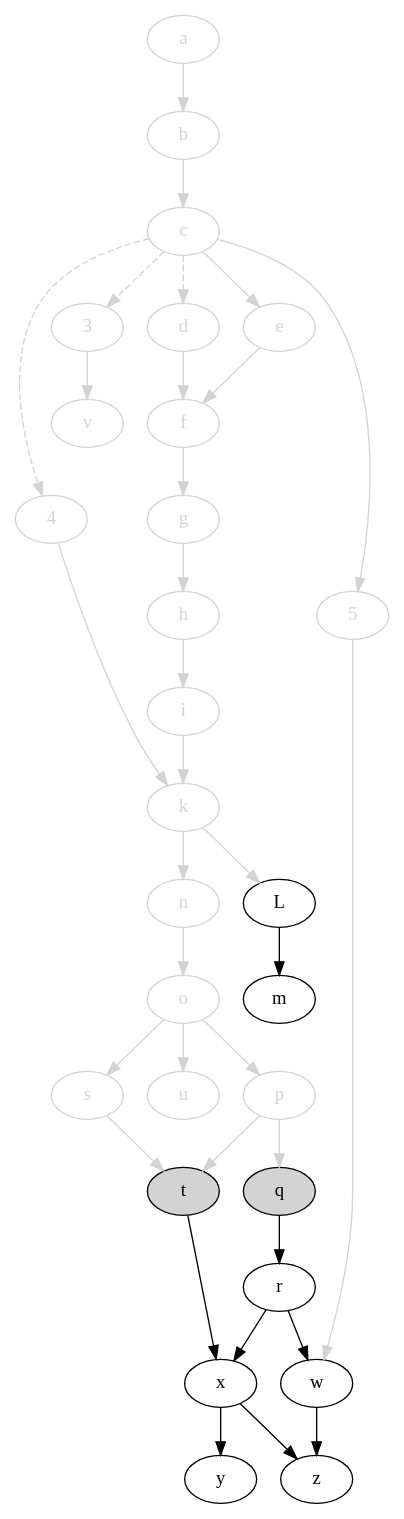
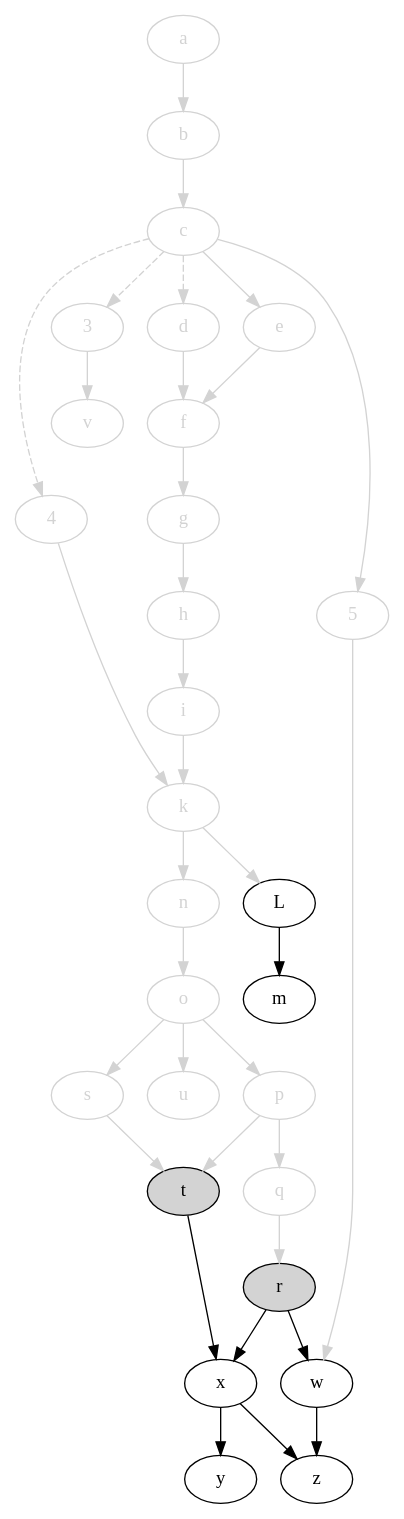
The diagram in svm-startup-deps.dot (jdmpapin/svm-startup-deps), drawn with Graphviz before and after one commit. The commit also changed 1 other file, not shown here.

```diff
--- a/svm-startup-deps.dot
+++ b/svm-startup-deps.dot
@@ -1,67 +1,67 @@
 digraph {
     // open: [style=filled,fillcolor=lightgrey]
     // closed: [color=lightgrey,fontcolor=lightgrey]
 
     4 [color=lightgrey,fontcolor=lightgrey];
     3 [color=lightgrey,fontcolor=lightgrey];
     a [color=lightgrey,fontcolor=lightgrey];
     b [color=lightgrey,fontcolor=lightgrey];
     c [color=lightgrey,fontcolor=lightgrey];
     d [color=lightgrey,fontcolor=lightgrey];
     e [color=lightgrey,fontcolor=lightgrey];
     f [color=lightgrey,fontcolor=lightgrey];
     g [color=lightgrey,fontcolor=lightgrey];
     h [color=lightgrey,fontcolor=lightgrey];
     i [color=lightgrey,fontcolor=lightgrey];
     k [color=lightgrey,fontcolor=lightgrey];
     L;
     m;
     5 [color=lightgrey,fontcolor=lightgrey];
     n [color=lightgrey,fontcolor=lightgrey];
     o [color=lightgrey,fontcolor=lightgrey];
     p [color=lightgrey,fontcolor=lightgrey];
-    q [style=filled,fillcolor=lightgrey];
-    r;
+    q [color=lightgrey,fontcolor=lightgrey];
+    r [style=filled,fillcolor=lightgrey];
     s [color=lightgrey,fontcolor=lightgrey];
     t [style=filled,fillcolor=lightgrey];
     u [color=lightgrey,fontcolor=lightgrey];
     v [color=lightgrey,fontcolor=lightgrey];
     w;
     x;
     y;
     z;
 
     4 -> k [color=lightgrey];
     c -> 4 [style=dashed,color=lightgrey];
     c -> 3 [style=dashed,color=lightgrey];
     c -> d [style=dashed,color=lightgrey];
     3 -> v [color=lightgrey];
     a -> b [color=lightgrey];
     b -> c [color=lightgrey];
     c -> e [color=lightgrey];
     c -> 5 [color=lightgrey];
     d -> f [color=lightgrey];
     e -> f [color=lightgrey];
     f -> g [color=lightgrey];
     g -> h [color=lightgrey];
     h -> i [color=lightgrey];
     i -> k [color=lightgrey];
     k -> L [color=lightgrey];
     L -> m;
     k -> n [color=lightgrey];
     n -> o [color=lightgrey];
     o -> p [color=lightgrey];
     p -> q [color=lightgrey];
-    q -> r;
+    q -> r [color=lightgrey];
     o -> s [color=lightgrey];
     s -> t [color=lightgrey];
     p -> t [color=lightgrey];
     o -> u [color=lightgrey];
     5 -> w [color=lightgrey];
     r -> w;
     t -> x;
     r -> x;
     x -> y;
     x -> z;
     w -> z;
 }
```
